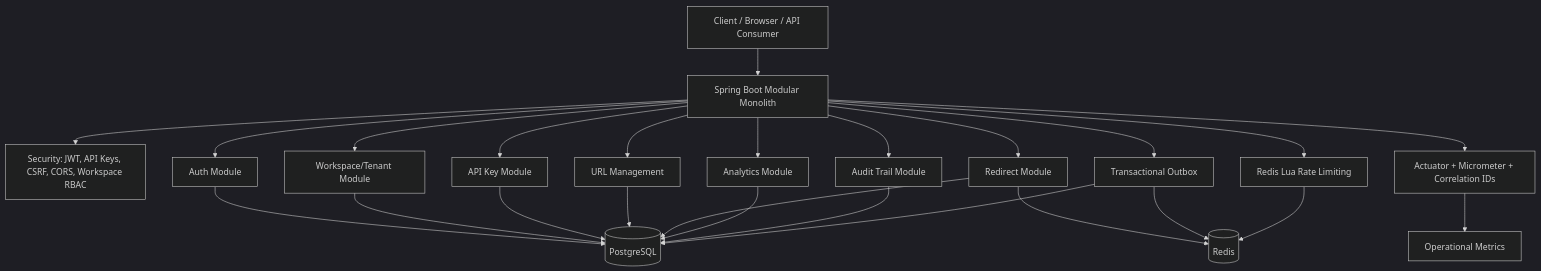
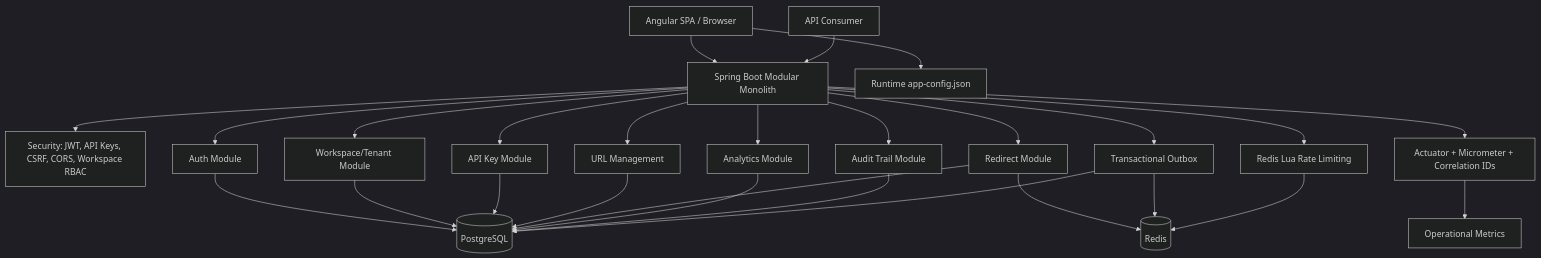
Before and after one commit to Amankapse/AI-Assisted-URL-Shortener: the diagram in README.md, drawn with Mermaid (dark theme). The commit also changed other lines of this file and 198 other files, not shown here.

````diff
--- a/README.md
+++ b/README.md
@@ -71,27 +75,29 @@
 ```mermaid
 flowchart TB
-    Client[Client / Browser / API Consumer] --> App[Spring Boot Modular Monolith]
+    Browser[Angular SPA / Browser] --> App[Spring Boot Modular Monolith]
+    Client[API Consumer] --> App
     App --> Security[Security: JWT, API Keys, CSRF, CORS, Workspace RBAC]
     App --> Auth[Auth Module]
     App --> Workspaces[Workspace/Tenant Module]
     App --> Audit[Audit Trail Module]
     App --> ApiKeys[API Key Module]
     App --> Outbox[Transactional Outbox]
     App --> Urls[URL Management]
     App --> Redirect[Redirect Module]
     App --> Analytics[Analytics Module]
     App --> RateLimit[Redis Lua Rate Limiting]
     App --> Observability[Actuator + Micrometer + Correlation IDs]
     Auth --> Postgres[(PostgreSQL)]
     Workspaces --> Postgres
     ApiKeys --> Postgres
     Urls --> Postgres
     Redirect --> Redis[(Redis)]
     Redirect --> Postgres
     Analytics --> Postgres
     Audit --> Postgres
     Outbox --> Postgres
     Outbox --> Redis
     RateLimit --> Redis
     Observability --> Metrics[Operational Metrics]
+    Browser --> RuntimeConfig[Runtime app-config.json]
 ```
````
